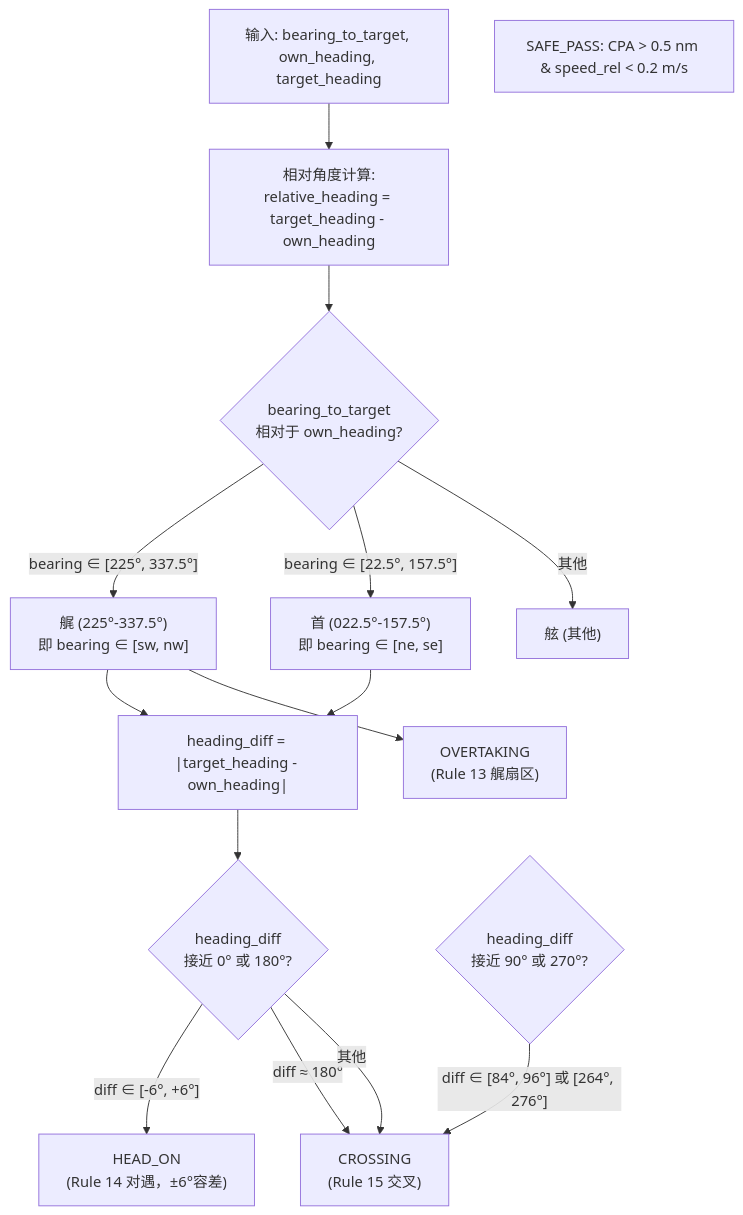
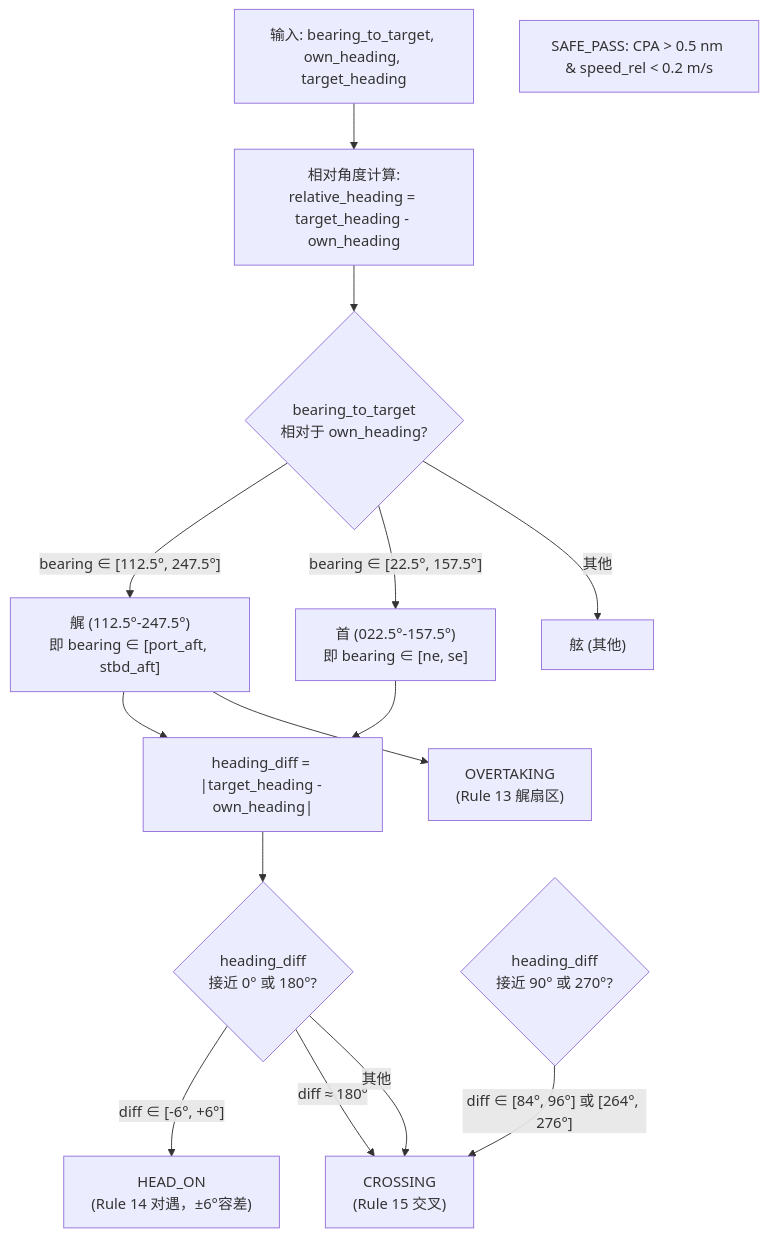
One commit to marinehdk/MASS-TDL changed the second of 3 diagrams in docs/Design/Detailed Design/M2-World-Model/01-detailed-design.md. Above: the diagram before and after it, drawn with Mermaid. The commit also changed other lines of this file and 2 other files, not shown here.

````diff
--- a/docs/Design/Detailed Design/M2-World-Model/01-detailed-design.md
+++ b/docs/Design/Detailed Design/M2-World-Model/01-detailed-design.md
@@ -377,35 +377,35 @@
 ```mermaid
 flowchart TD
     A["输入: bearing_to_target, own_heading, target_heading"]
     
     B["相对角度计算:\nrelative_heading = target_heading - own_heading"]
     
     C{"bearing_to_target\n相对于 own_heading?"}
     
-    D1["艉 (225°-337.5°)\n即 bearing ∈ [sw, nw]"]
+    D1["艉 (112.5°-247.5°)\n即 bearing ∈ [port_aft, stbd_aft]"]
     D2["首 (022.5°-157.5°)\n即 bearing ∈ [ne, se]"]
     D3["舷 (其他)"]
     
     E1["heading_diff = |target_heading - own_heading|"]
     
     F1{"heading_diff\n接近 0° 或 180°?"}
     F2{"heading_diff\n接近 90° 或 270°?"}
     
     R1["OVERTAKING\n(Rule 13 艉扇区)"]
     R2["HEAD_ON\n(Rule 14 对遇，±6°容差)"]
     R3["CROSSING\n(Rule 15 交叉)"]
     R4["SAFE_PASS\n(极小相对速度\nCPA > threshold)"]
     
     A --> B --> C
-    C -->|"bearing ∈ [225°, 337.5°]"| D1 --> E1 --> F1
+    C -->|"bearing ∈ [112.5°, 247.5°]"| D1 --> E1 --> F1
     C -->|"bearing ∈ [22.5°, 157.5°]"| D2 --> E1
     C -->|其他| D3
     
     F1 -->|"diff ∈ [-6°, +6°]"| R2
     F1 -->|"diff ≈ 180°"| R3
     F2 -->|"diff ∈ [84°, 96°] 或 [264°, 276°]"| R3
     F1 -->|其他| R3
     
     D1 --> R1
     R4["SAFE_PASS: CPA > 0.5 nm & speed_rel < 0.2 m/s"]
 ```
````
